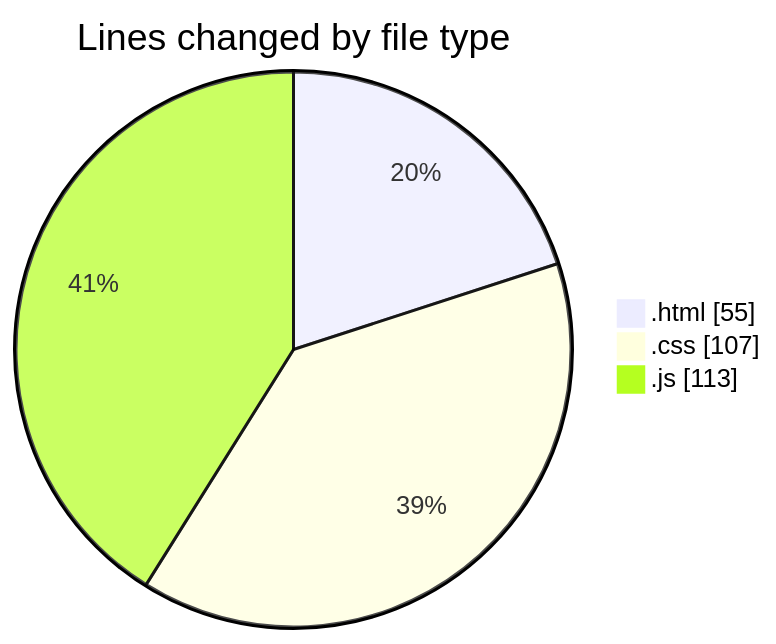
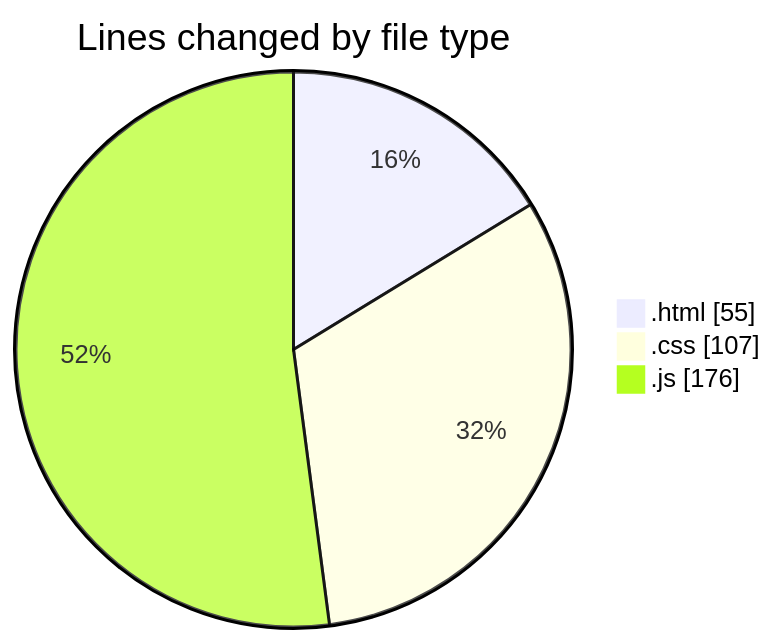
Before and after one commit to Ritupan-Deka/code-tracking: the first of 2 diagrams in 2025-04-28/realtimecollaborativeapp/README.md, drawn with Mermaid. The commit also changed other lines of this file and 1 other file, not shown here.

````diff
--- a/2025-04-28/realtimecollaborativeapp/README.md
+++ b/2025-04-28/realtimecollaborativeapp/README.md
@@ -23,7 +23,7 @@
 ```mermaid
 pie showData
 title Lines changed by file type
 ".html" : 55
 ".css" : 107
-".js" : 113
+".js" : 176
 ```
````
